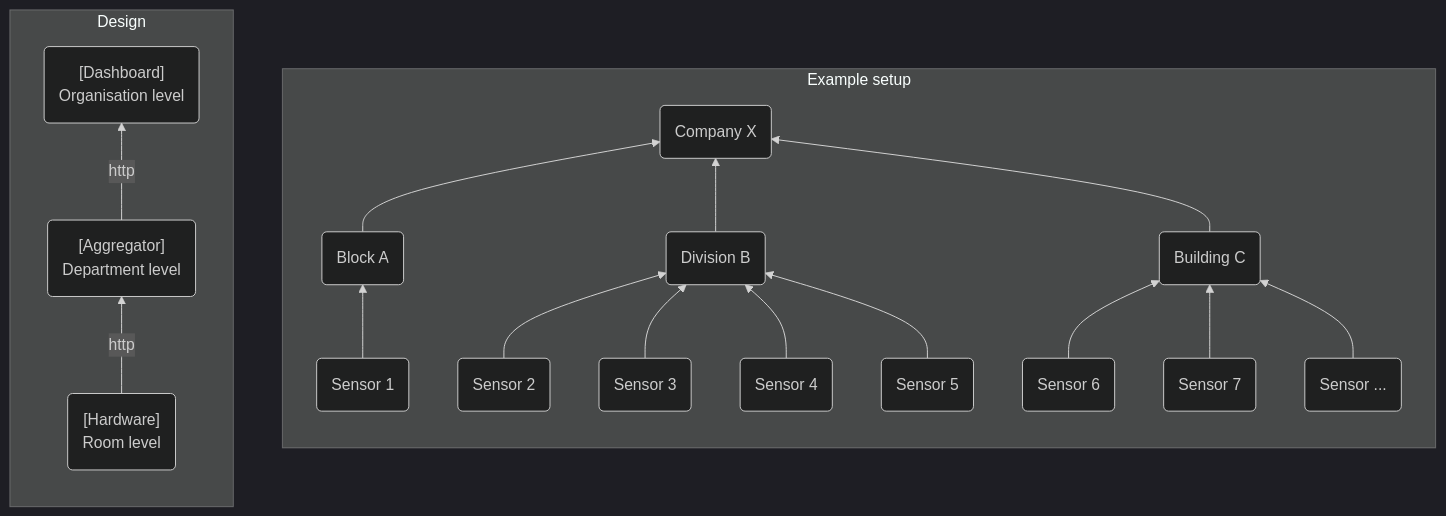
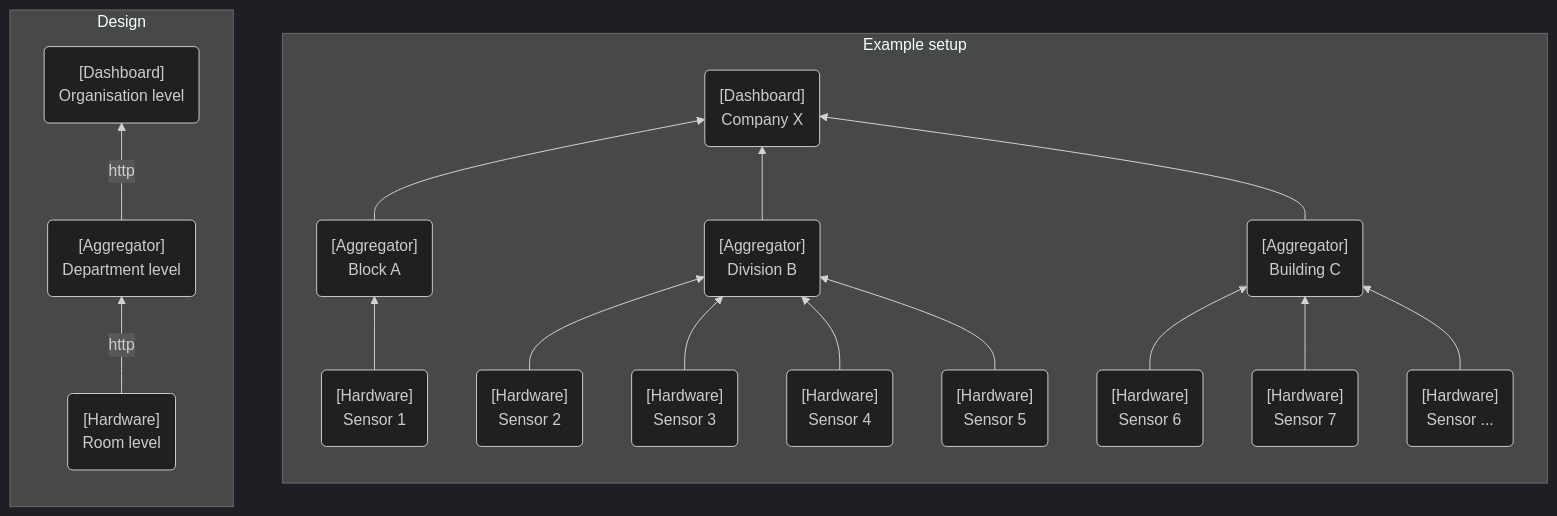
One commit to bytebang/ecolight changed the diagram in README.md. Above: the diagram before and after it, drawn with Mermaid (dark theme).

`````diff
--- a/README.md
+++ b/README.md
@@ -18,27 +18,27 @@
 ````mermaid
 graph BT;
 
     subgraph Example setup
         direction BT
-        s1("Sensor 1") --> a1("Block A");
+        s1("[Hardware]<br>Sensor 1") --> a1("[Aggregator]<br>Block A");
 
-        s2("Sensor 2") --> a2("Division B");
-        s3("Sensor 3") --> a2;
-	    s4("Sensor 4") --> a2;
-        s5("Sensor 5") --> a2;
+        s2("[Hardware]<br>Sensor 2") --> a2("[Aggregator]<br>Division B");
+        s3("[Hardware]<br>Sensor 3") --> a2;
+        s4("[Hardware]<br>Sensor 4") --> a2;
+        s5("[Hardware]<br>Sensor 5") --> a2;
 
-        s6("Sensor 6") --> an("Building C");
-        s7("Sensor 7") --> an;
-        sx("Sensor ...") --> an;
+        s6("[Hardware]<br>Sensor 6") --> an("[Aggregator]<br>Building C");
+        s7("[Hardware]<br>Sensor 7") --> an;
+        sx("[Hardware]<br>Sensor ...") --> an;
 
-        a1 --> b1("Company X");
+        a1 --> b1("[Dashboard]<br>Company X");
         a2 --> b1;
         an --> b1;
     end
 
     subgraph Design
         direction BT
         room("[Hardware]<br>Room level") -- http --> department
         department("[Aggregator]<br>Department level") -- http --> organisation("[Dashboard]<br>Organisation level")
     end
 ````
`````
